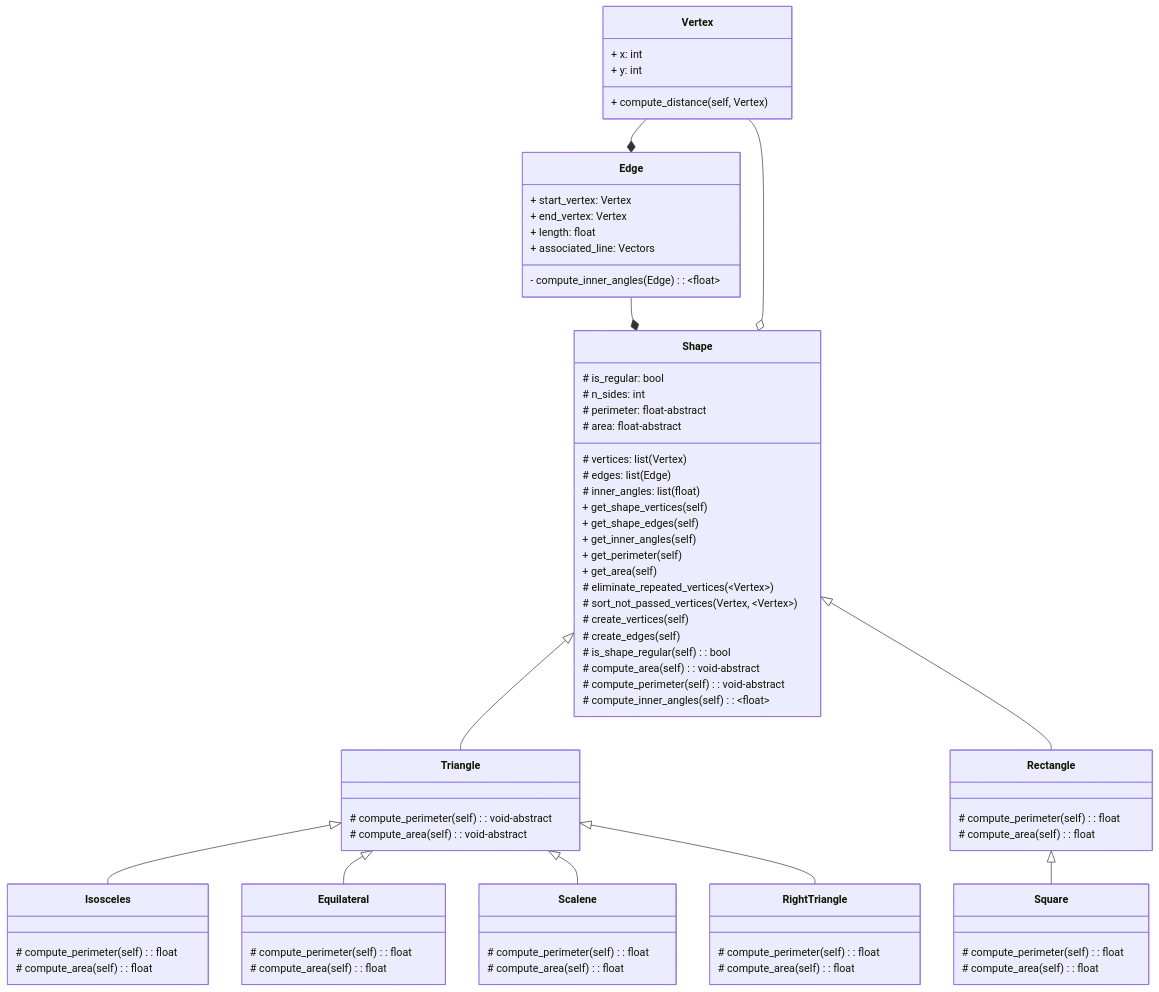
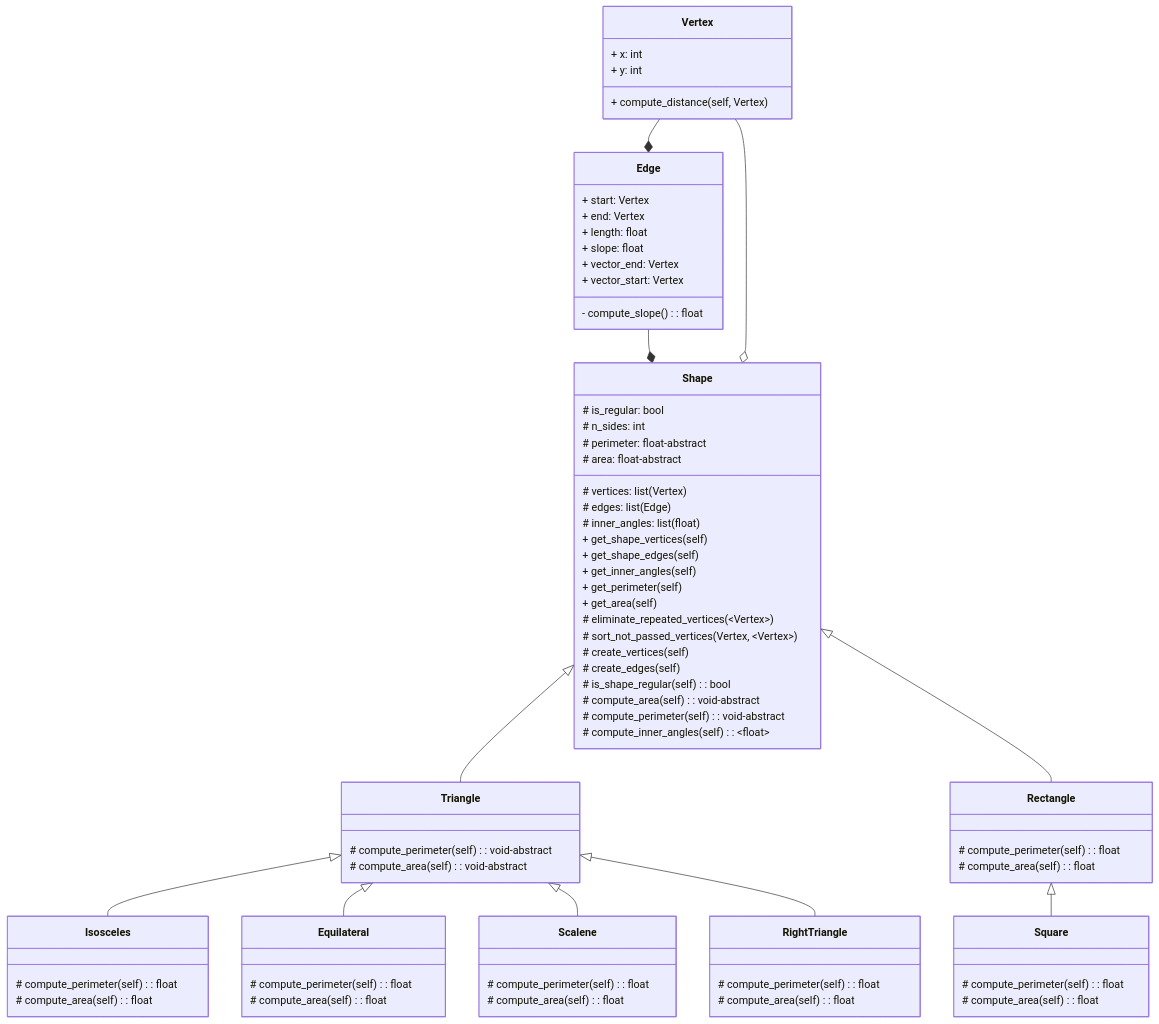
One commit to Unbo10/OOP_reto_04 changed the diagram in README.md. Above: the diagram before and after it, drawn with Mermaid. The commit also changed 1 other file, not shown here.

Commit message:
Final version

```diff
--- a/README.md
+++ b/README.md
@@ -12,11 +12,13 @@
     }
 
     class Edge {
-        + start_vertex: Vertex
-        + end_vertex: Vertex
+        + start: Vertex
+        + end: Vertex
         + length: float
-        + associated_line: Vectors
-        - compute_inner_angles(Edge): ~float~
+        + slope: float
+        + vector_end: Vertex
+        + vector_start: Vertex
+        - compute_slope(): float
     }
     Edge *-- Vertex
 
```
